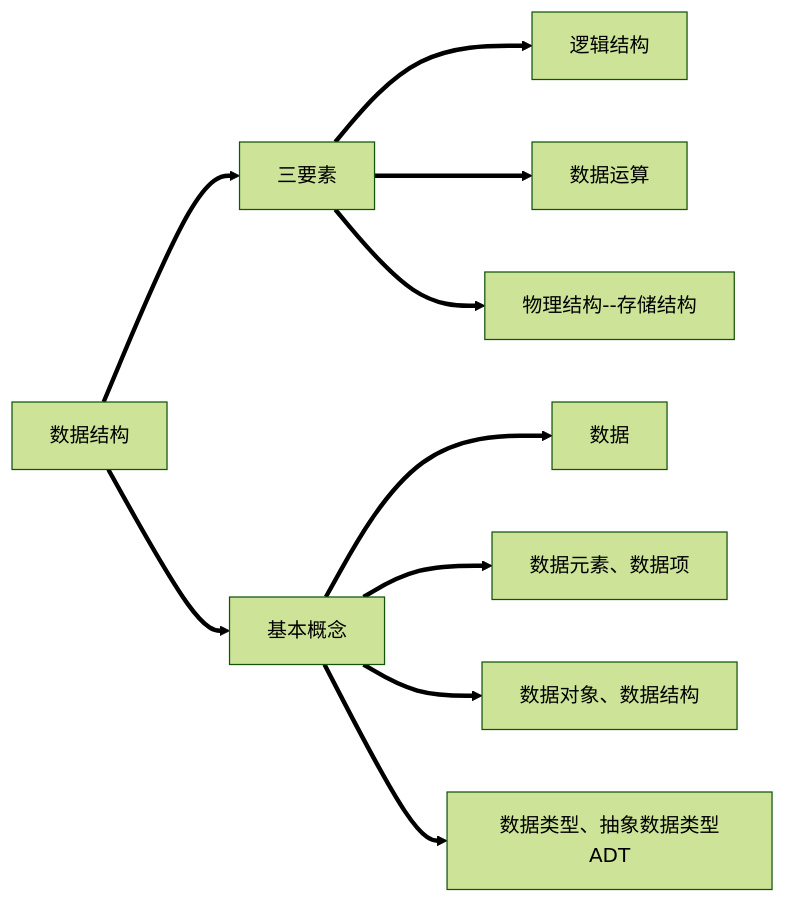
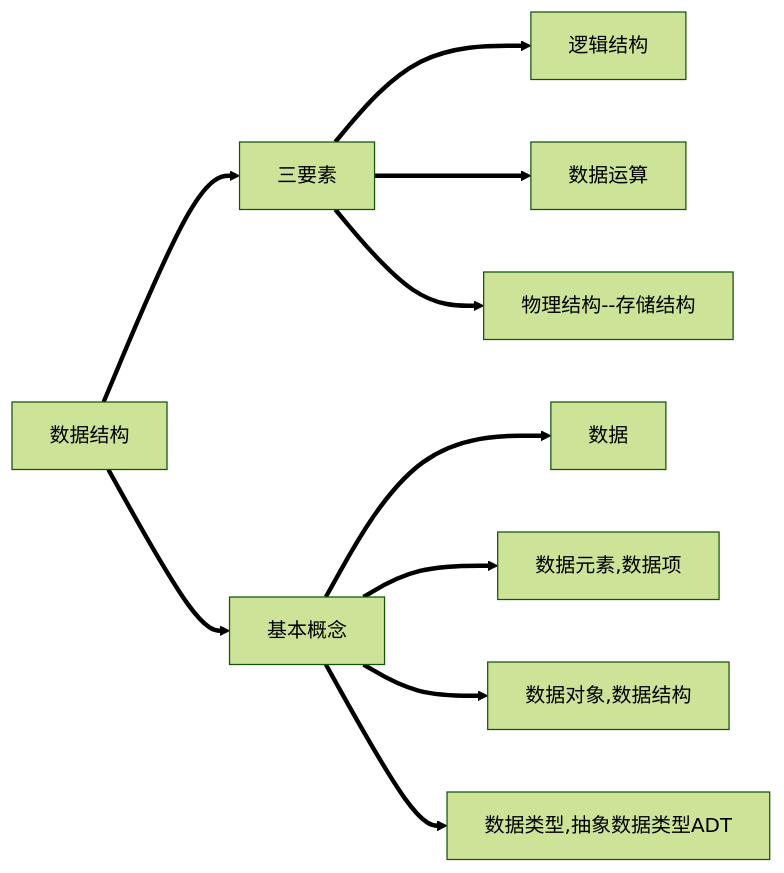
One commit to MW-S/markdown changed the second of 2 diagrams in learn/408/数据结构/预备知识以及基本概念.md. Above: the diagram before and after it, drawn with Mermaid (forest theme). The commit also changed other lines of this file, not shown here.

Commit message:
learn/408/数据结构/预备知识以及基本概念.md updated from https://stackedit.io/

````diff
--- a/learn/408/数据结构/预备知识以及基本概念.md
+++ b/learn/408/数据结构/预备知识以及基本概念.md
@@ -102,22 +102,22 @@
 ```mermaid
 graph LR
 A[数据结构]
 B[三要素]
 C[基本概念]
 C1[数据]
-C2[数据元素、数据项]
-C3[数据对象、数据结构]
-C4[数据类型、抽象数据类型ADT]
+C2[数据元素,数据项]
+C3[数据对象,数据结构]
+C4[数据类型,抽象数据类型ADT]
 B1[逻辑结构]
 B2[数据运算]
 B3[物理结构--存储结构]
 A==>B
 A==>C
 B==>B1
 B==>B2
 B==>B3
 C==>C1
 C==>C2
 C==>C3
 C==>C4
 ```
````
